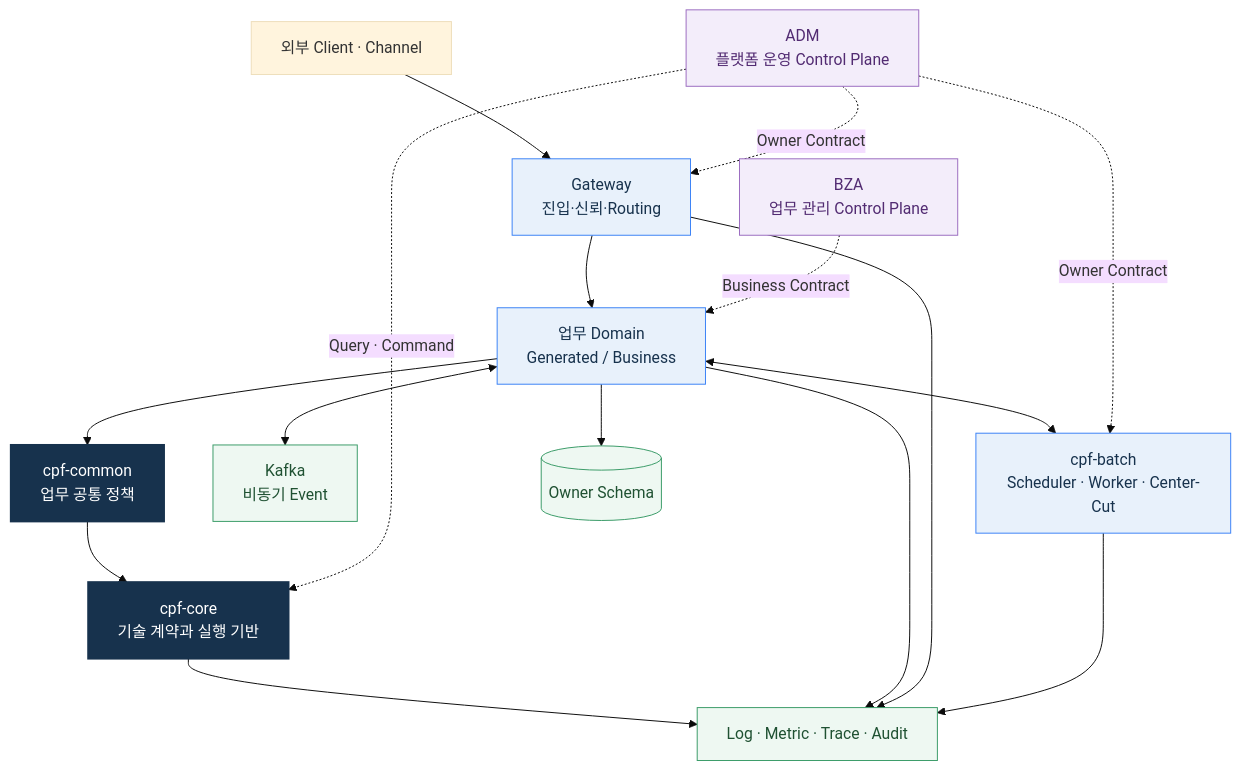
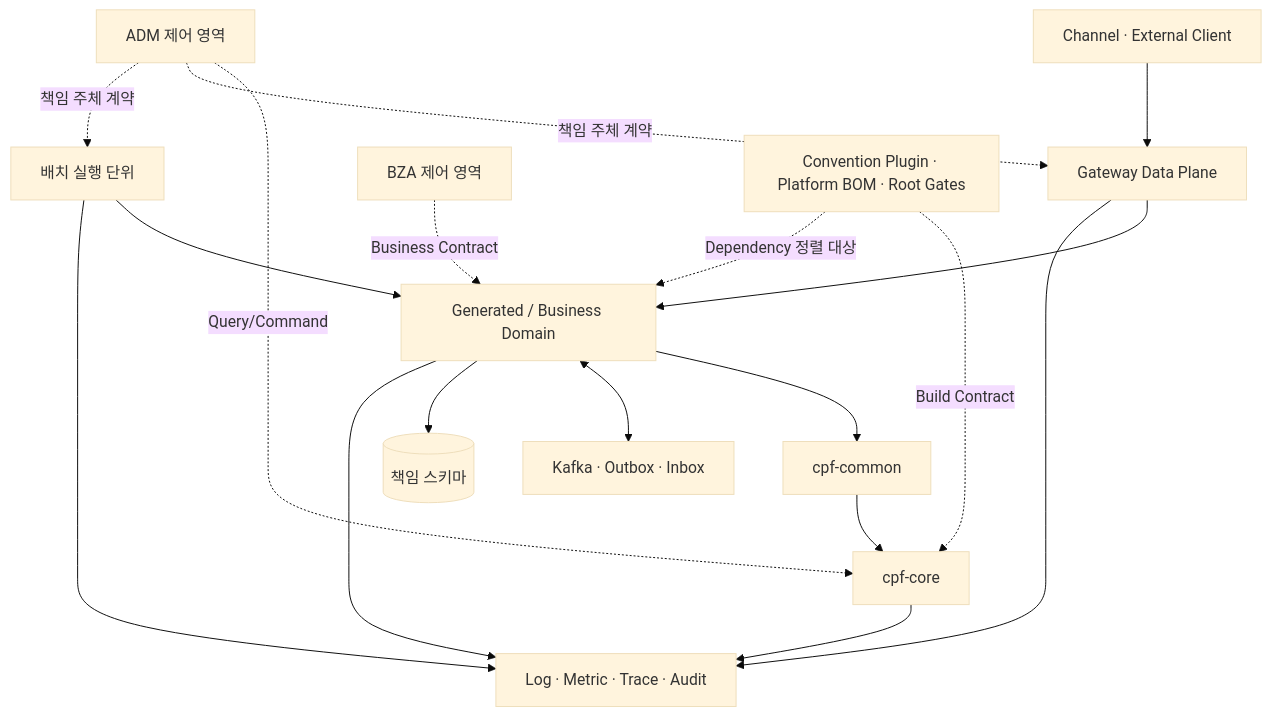
One commit to freeangelsun/202412_01_CPF changed the first of 2 diagrams in cpf-docs/deliverables/아키텍처설계서.md. Above: the diagram before and after it, drawn with Mermaid (base theme). The commit also changed other lines of this file and 58 other files, not shown here.

````diff
--- a/cpf-docs/deliverables/아키텍처설계서.md
+++ b/cpf-docs/deliverables/아키텍처설계서.md
@@ -106,37 +162,31 @@
 ```mermaid
 flowchart TB
-    CLIENT[외부 Client · Channel]
-    GWY[Gateway<br/>진입·신뢰·Routing]
-    DOMAIN[업무 Domain<br/>Generated / Business]
-    COMMON[cpf-common<br/>업무 공통 정책]
-    CORE[cpf-core<br/>기술 계약과 실행 기반]
-    KAFKA[Kafka<br/>비동기 Event]
-    BATCH[cpf-batch<br/>Scheduler · Worker · Center-Cut]
-    ADM[ADM<br/>플랫폼 운영 Control Plane]
-    BZA[BZA<br/>업무 관리 Control Plane]
-    DB[(Owner Schema)]
+    CH[Channel · External Client]
+    GW[Gateway Data Plane]
+    DOM[Generated / Business Domain]
+    CMN[cpf-common]
+    CORE[cpf-core]
+    EVT[Kafka · Outbox · Inbox]
+    BAT[배치 실행 단위]
+    ADM[ADM 제어 영역]
+    BZA[BZA 제어 영역]
+    DB[(책임 스키마)]
     OBS[Log · Metric · Trace · Audit]
+    BUILD[Convention Plugin · Platform BOM · Root Gates]
 
-    CLIENT --> GWY --> DOMAIN
-    DOMAIN --> COMMON --> CORE
-    DOMAIN <--> KAFKA
-    DOMAIN <--> BATCH
-    DOMAIN --> DB
-    ADM -. Query · Command .-> CORE
-    ADM -. Owner Contract .-> BATCH
-    ADM -. Owner Contract .-> GWY
-    BZA -. Business Contract .-> DOMAIN
+    CH --> GW --> DOM
+    DOM --> CMN --> CORE
+    DOM <--> EVT
+    BAT --> DOM
+    DOM --> DB
+    ADM -. Query/Command .-> CORE
+    ADM -. 책임 주체 계약 .-> GW
+    ADM -. 책임 주체 계약 .-> BAT
+    BZA -. Business Contract .-> DOM
     CORE --> OBS
-    DOMAIN --> OBS
-    GWY --> OBS
-    BATCH --> OBS
-
-    classDef core fill:#17324D,color:#fff,stroke:#17324D,stroke-width:2px;
-    classDef product fill:#E8F1FB,color:#17324D,stroke:#3B82F6;
-    classDef control fill:#F3EDFA,color:#522B72,stroke:#9B6CC0;
-    classDef infra fill:#EEF8F2,color:#1F5132,stroke:#3A9B68;
-    class CORE,COMMON core;
-    class GWY,DOMAIN,BATCH product;
-    class ADM,BZA control;
-    class KAFKA,DB,OBS infra;
+    DOM --> OBS
+    GW --> OBS
+    BAT --> OBS
+    BUILD -. Build Contract .-> CORE
+    BUILD -. Dependency 정렬 대상 .-> DOM
 ```
````
